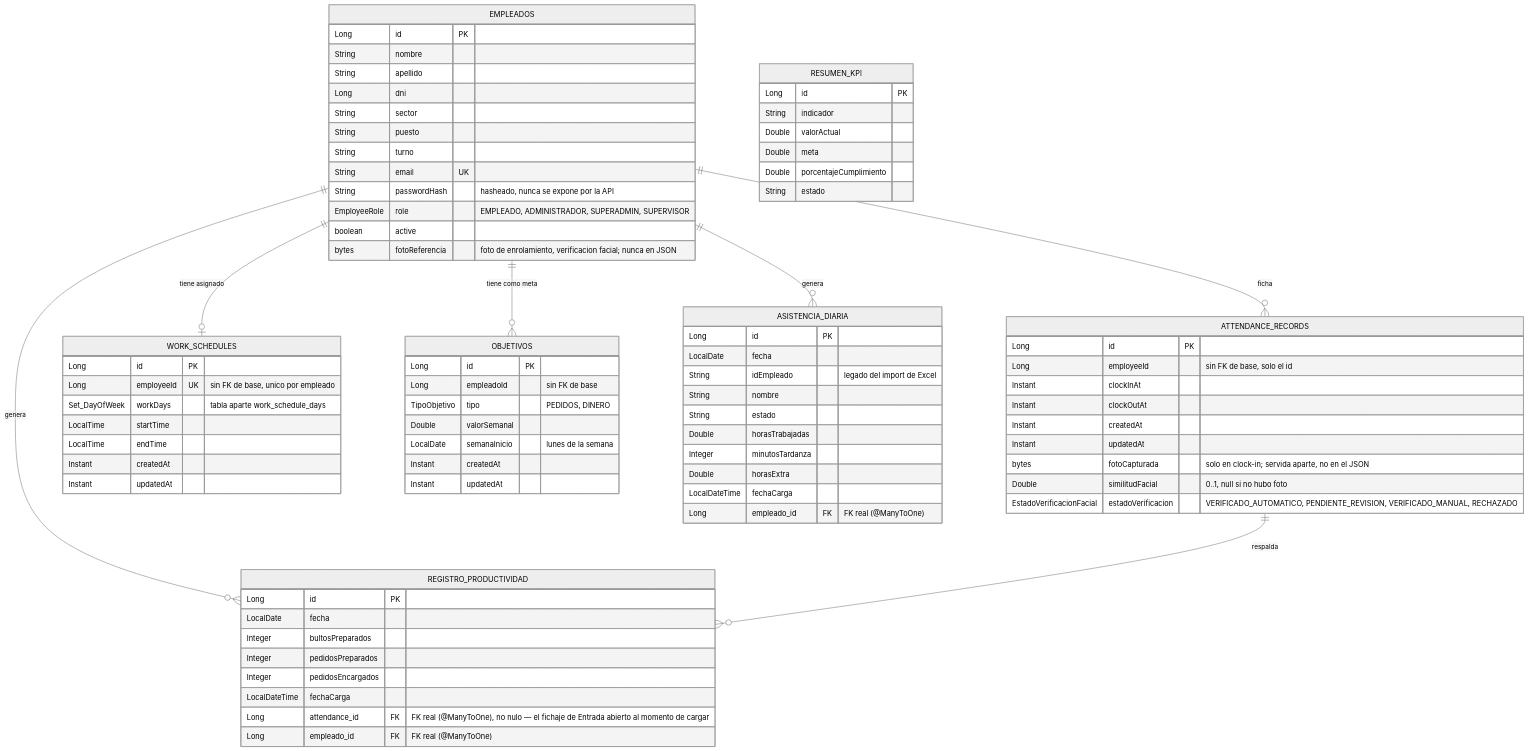
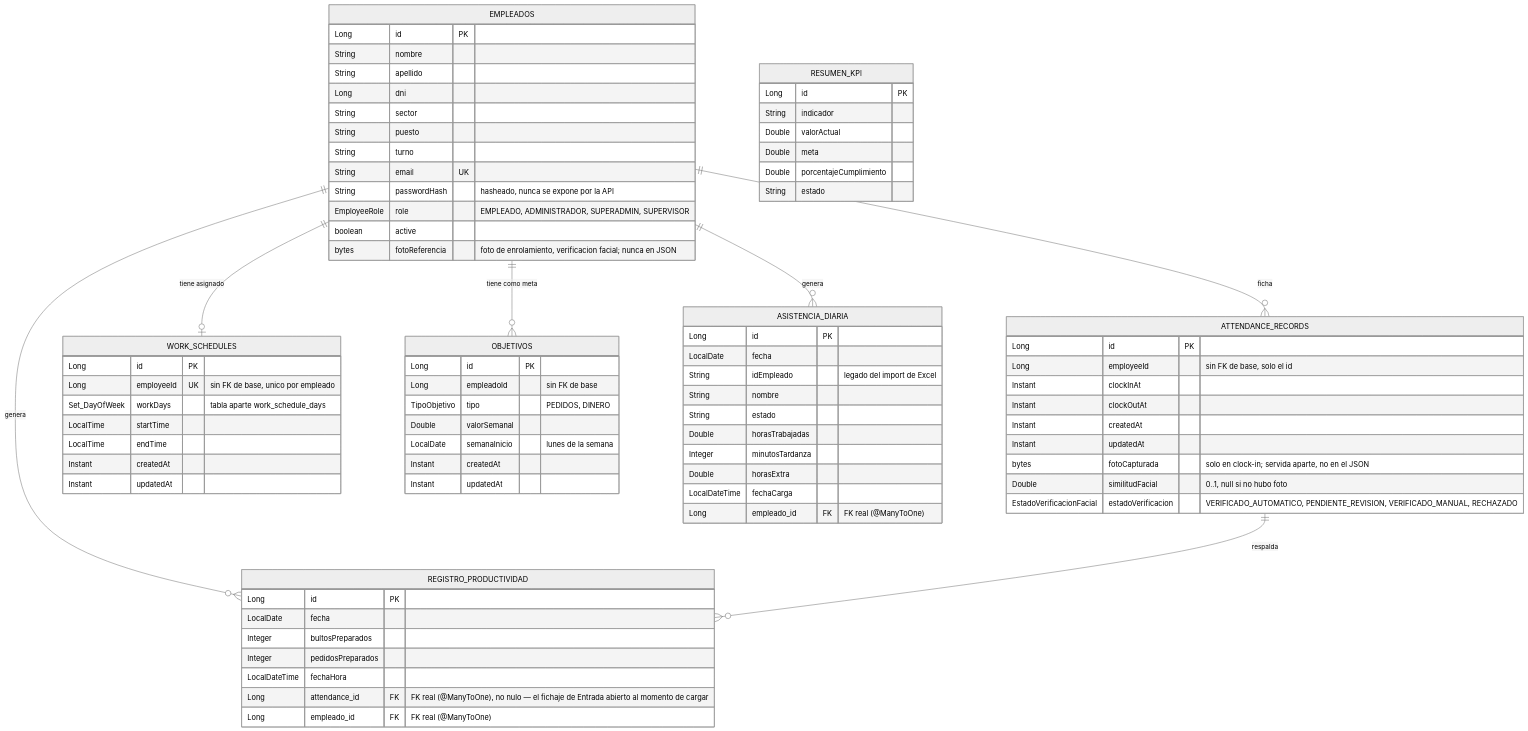
The diagram in docs/DER.md (DashboardRendimiento/Backend), drawn with Mermaid (neutral theme) before and after one commit. The commit also changed 9 other files, not shown here.

```diff
--- a/docs/DER.md
+++ b/docs/DER.md
@@ -58,8 +58,7 @@
         LocalDate fecha
         Integer bultosPreparados
         Integer pedidosPreparados
-        Integer pedidosEncargados
-        LocalDateTime fechaCarga
+        LocalDateTime fechaHora
         Long attendance_id FK "FK real (@ManyToOne), no nulo — el fichaje de Entrada abierto al momento de cargar"
         Long empleado_id FK "FK real (@ManyToOne)"
     }
```
